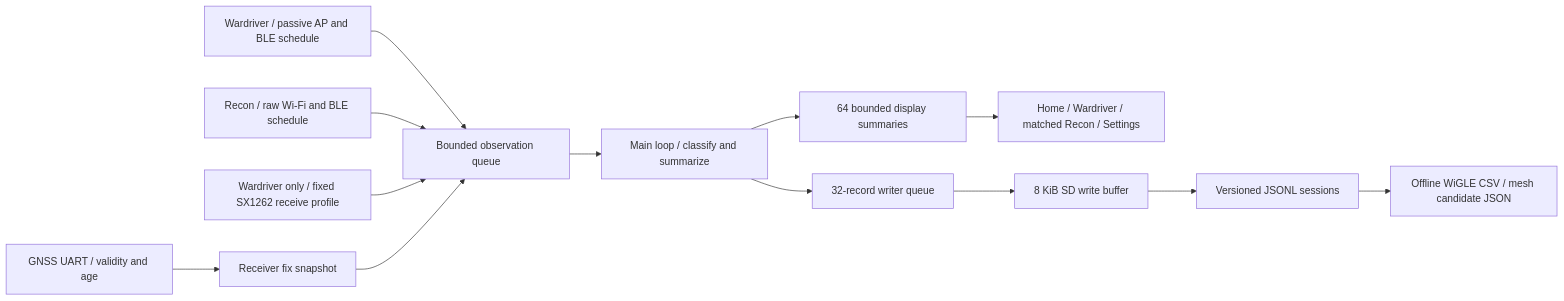
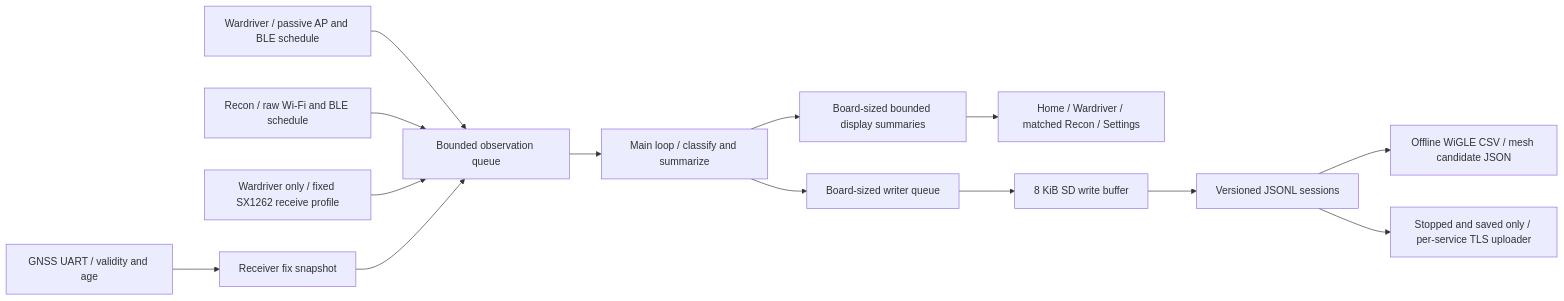
One commit to Uszi/LORA-Tunnel changed the diagram in docs/ARCHITECTURE.md. Above: the diagram before and after it, drawn with Mermaid. The commit also changed other lines of this file and 136 other files, not shown here.

Commit message:
Add Cardputer ADV U214 target and idle-only service uploads

````diff
--- a/docs/ARCHITECTURE.md
+++ b/docs/ARCHITECTURE.md
@@ -27,15 +25,16 @@
 ```mermaid
 flowchart LR
   GNSS[GNSS UART / validity and age] --> Fix[Receiver fix snapshot]
   Drive[Wardriver / passive AP and BLE schedule] --> Q[Bounded observation queue]
   Recon[Recon / raw Wi-Fi and BLE schedule] --> Q
   LoRa[Wardriver only / fixed SX1262 receive profile] --> Q
   Fix --> Q
   Q --> Main[Main loop / classify and summarize]
-  Main --> Cache[64 bounded display summaries]
+  Main --> Cache[Board-sized bounded display summaries]
   Cache --> UI[Home / Wardriver / matched Recon / Settings]
-  Main --> W[32-record writer queue]
+  Main --> W[Board-sized writer queue]
   W --> Buffer[8 KiB SD write buffer]
   Buffer --> SD[Versioned JSONL sessions]
   SD --> Export[Offline WiGLE CSV / mesh candidate JSON]
+  SD --> Upload[Stopped and saved only / per-service TLS uploader]
 ```
````
